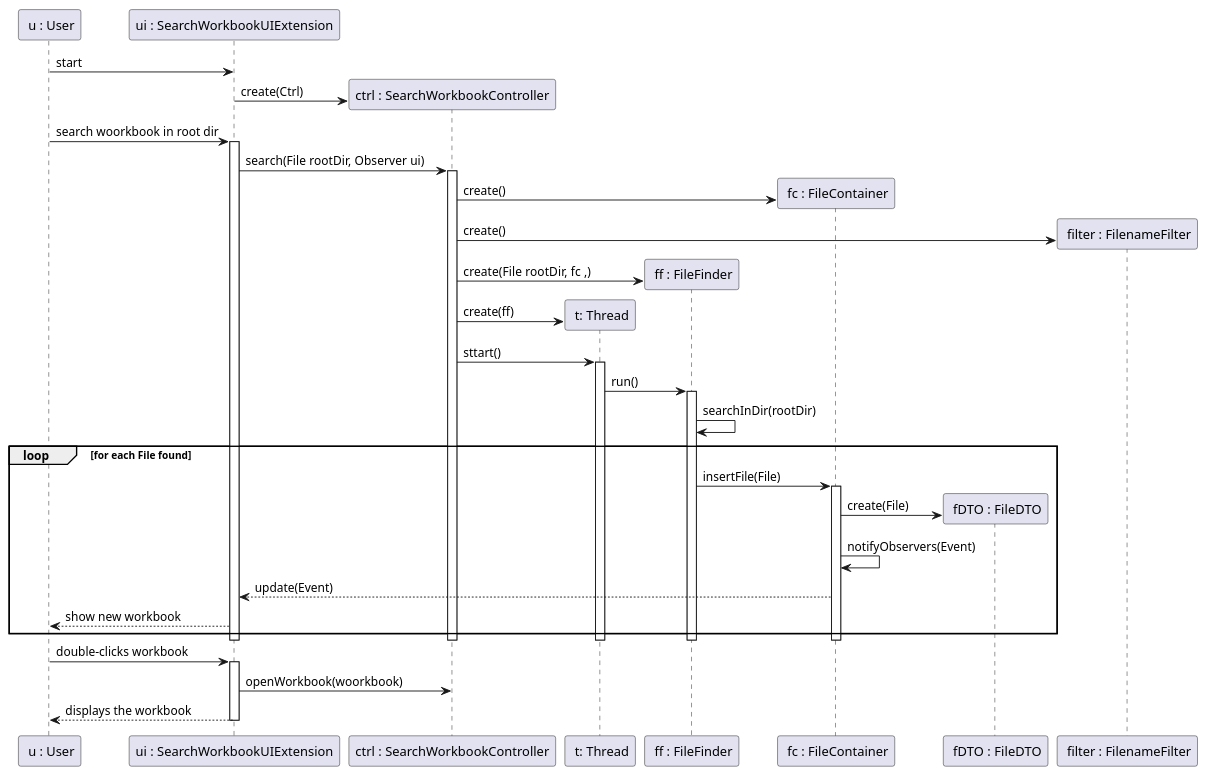
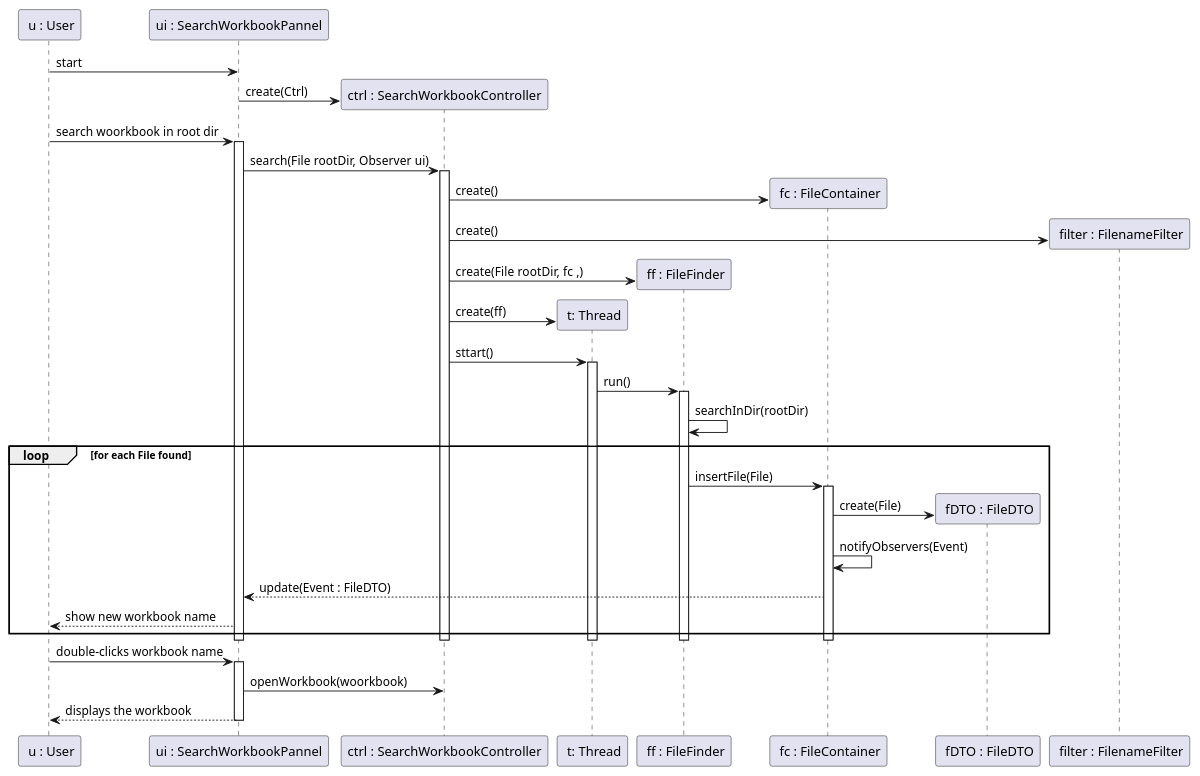
One commit to PeFerreira98/ISEP.Lic.LAPR4_2017 changed the diagram in src/main/java/lapr4/green/s1/ipc/n1970581/findworkbook/s1_ipc_findworkbook_design_02.puml. Above: the diagram before and after it, drawn with PlantUML. The commit also changed 4 other files, not shown here.

```diff
--- a/src/main/java/lapr4/green/s1/ipc/n1970581/findworkbook/s1_ipc_findworkbook_design_02.puml
+++ b/src/main/java/lapr4/green/s1/ipc/n1970581/findworkbook/s1_ipc_findworkbook_design_02.puml
@@ -1,75 +1,75 @@
 @startuml s1_ipc_findworkbook_design_02.png
 
     participant " u : User" as u
-    participant "ui : SearchWorkbookUIExtension" as ui
+    participant "ui : SearchWorkbookPannel" as ui
     participant "ctrl : SearchWorkbookController" as ctrl
     participant " t: Thread" as t
     participant " ff : FileFinder" as ff
     participant " fc : FileContainer" as fc
     participant " fDTO : FileDTO" as fDTO
     participant " filter : FilenameFilter" as filter
     
     u -> ui : start
 
     create ctrl
     ui -> ctrl : create(Ctrl)
     
     u -> ui : search woorkbook in root dir
     activate ui
 
     ui -> ctrl : search(File rootDir, Observer ui)    
     activate ctrl
     create fc
     ctrl -> fc : create()
     create filter
     ctrl -> filter : create()
     
     create ff
     ctrl -> ff : create(File rootDir, fc ,)
 
     create t
     ctrl -> t : create(ff)
     
     ctrl -> t : sttart()
     activate t
     t -> ff : run()
     activate ff
     ff -> ff : searchInDir(rootDir)
     
     loop for each File found
         ff -> fc : insertFile(File)
         activate fc
         create fDTO
         fc -> fDTO : create(File)
         fc -> fc : notifyObservers(Event)
-        fc --> ui : update(Event)
-        ui --> u : show new workbook
+        fc --> ui : update(Event : FileDTO)
+        ui --> u : show new workbook name
     end
     
     deactivate fc
     deactivate ff
     deactivate t
     deactivate ctrl
     deactivate ui
 
-    u -> ui : double-clicks workbook
+    u -> ui : double-clicks workbook name
     activate ui
     ui -> ctrl : openWorkbook(woorkbook)
     
     ui --> u : displays the workbook
     deactivate ui
 
   'loop for Extension ext : extensions
   '	UIC -> EExample : uiExtension=getUIExtension(this);
   '	activate EExample
   '	create UIExt
   '	EExample -> UIExt : new(extension, uic)
   '	deactivate EExample
   '	UIExt -> UIExt : getSideBar();
   '	activate UIExt
   '	create cp
   '	UIExt -> cp :  new (uic)  	
   '	deactivate UIExt
   '	UIC -> UIC : uiExtensions.add(uiExtension);
   'end
 @enduml
```
